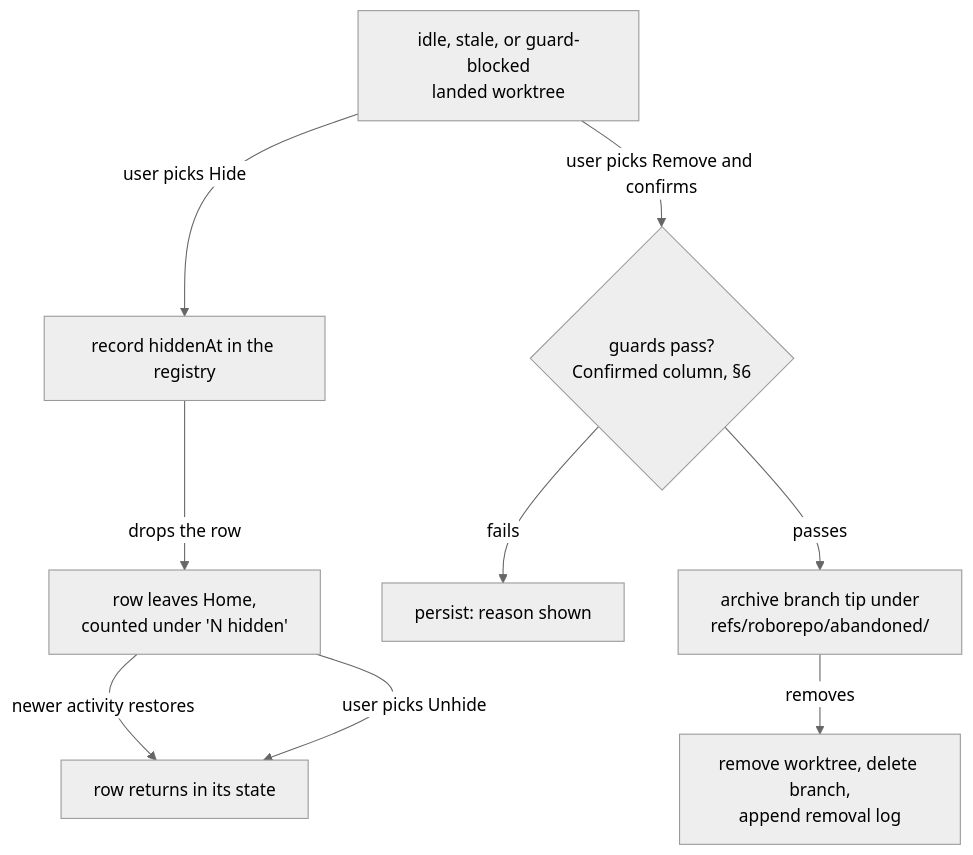
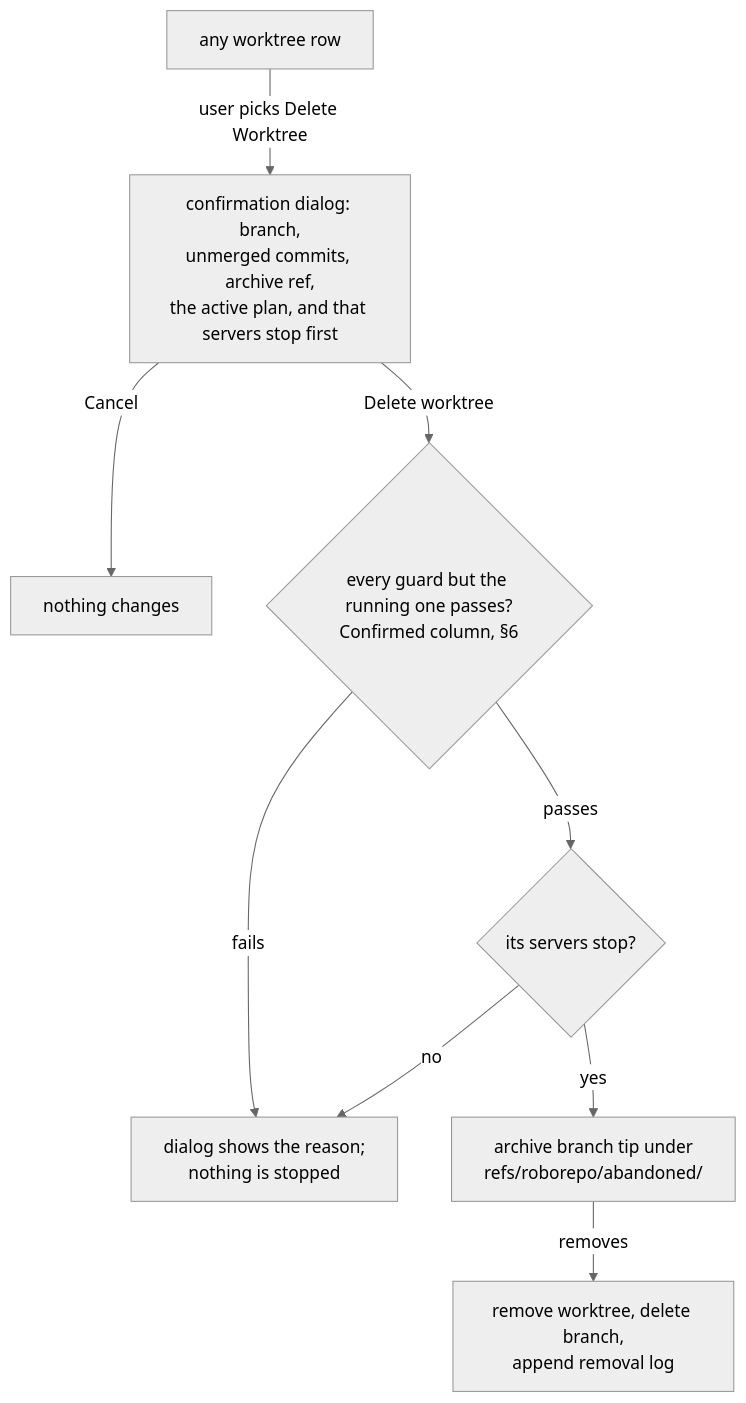
The fourth of 4 diagrams in docs/plans/active/git-worktree-lifecycle-cleanup.md (kirinmurphy/roborepo-alpha), drawn with Mermaid (neutral theme) before and after one commit. The commit also changed other lines of this file and 60 other files, not shown here.

First line of the commit message:
Implement worktree lifecycle cleanup and Home controls (#31)

````diff
--- a/docs/plans/active/git-worktree-lifecycle-cleanup.md
+++ b/docs/plans/active/git-worktree-lifecycle-cleanup.md
@@ -412,11 +426,11 @@
 ```mermaid
 flowchart TD
-    W["idle, stale, or guard-blocked<br/>landed worktree"] -->|user picks Hide| H["record hiddenAt in the registry"]
-    H -->|drops the row| O["row leaves Home,<br/>counted under 'N hidden'"]
-    O -->|newer activity restores| I["row returns in its state"]
-    O -->|user picks Unhide| I
-    W -->|user picks Remove and confirms| G{"guards pass?<br/>Confirmed column, §6"}
-    G -->|fails| K["persist: reason shown"]
-    G -->|passes| P["archive branch tip under<br/>refs/roborepo/abandoned/"]
+    W["any worktree row"] -->|user picks Delete Worktree| D["confirmation dialog: branch,<br/>unmerged commits, archive ref,<br/>the active plan, and that servers stop first"]
+    D -->|Cancel| N["nothing changes"]
+    D -->|Delete worktree| G{"every guard but the running one passes?<br/>Confirmed column, §6"}
+    G -->|fails| K["dialog shows the reason;<br/>nothing is stopped"]
+    G -->|passes| S{"its servers stop?"}
+    S -->|no| K
+    S -->|yes| P["archive branch tip under<br/>refs/roborepo/abandoned/"]
     P -->|removes| R["remove worktree, delete branch,<br/>append removal log"]
 ```
````
